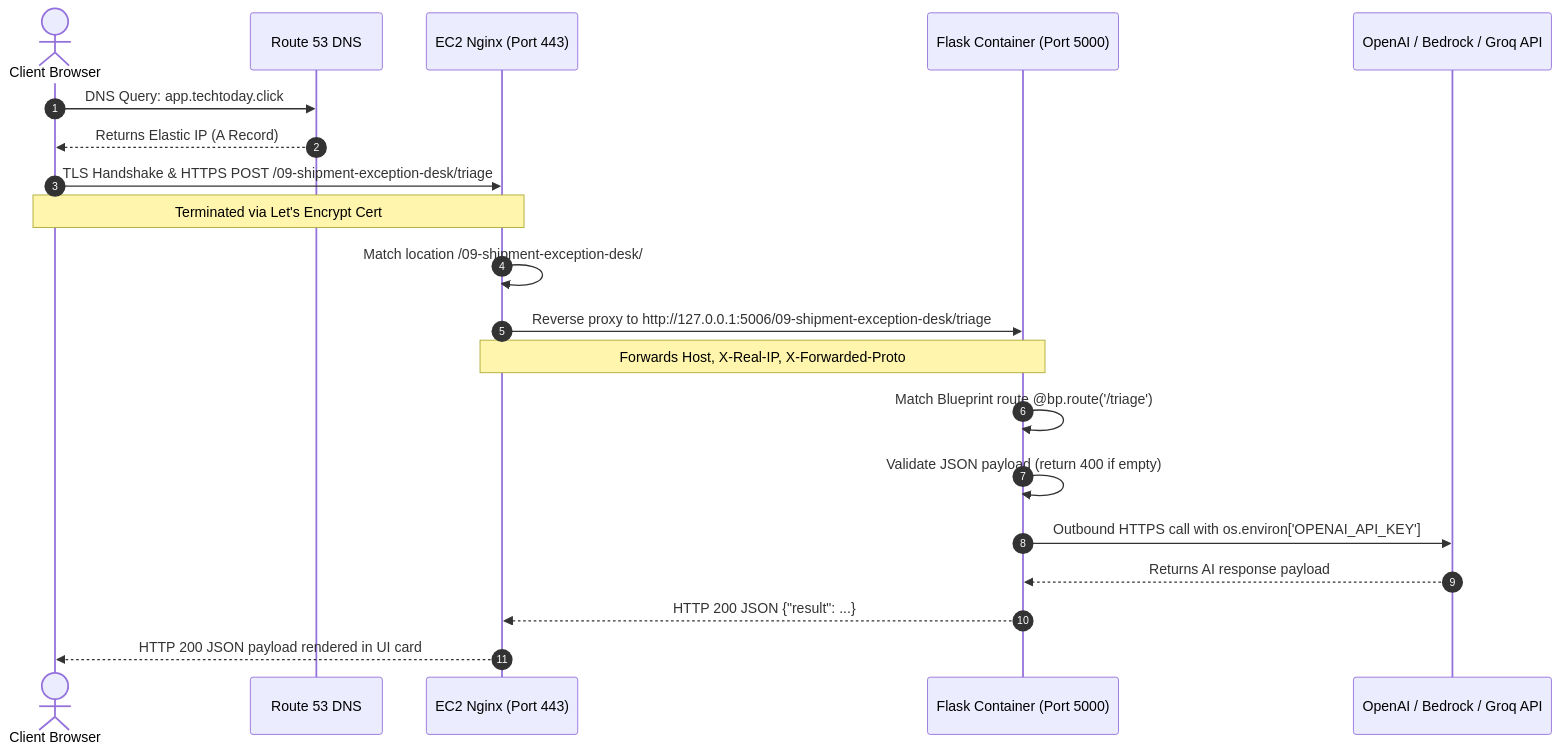
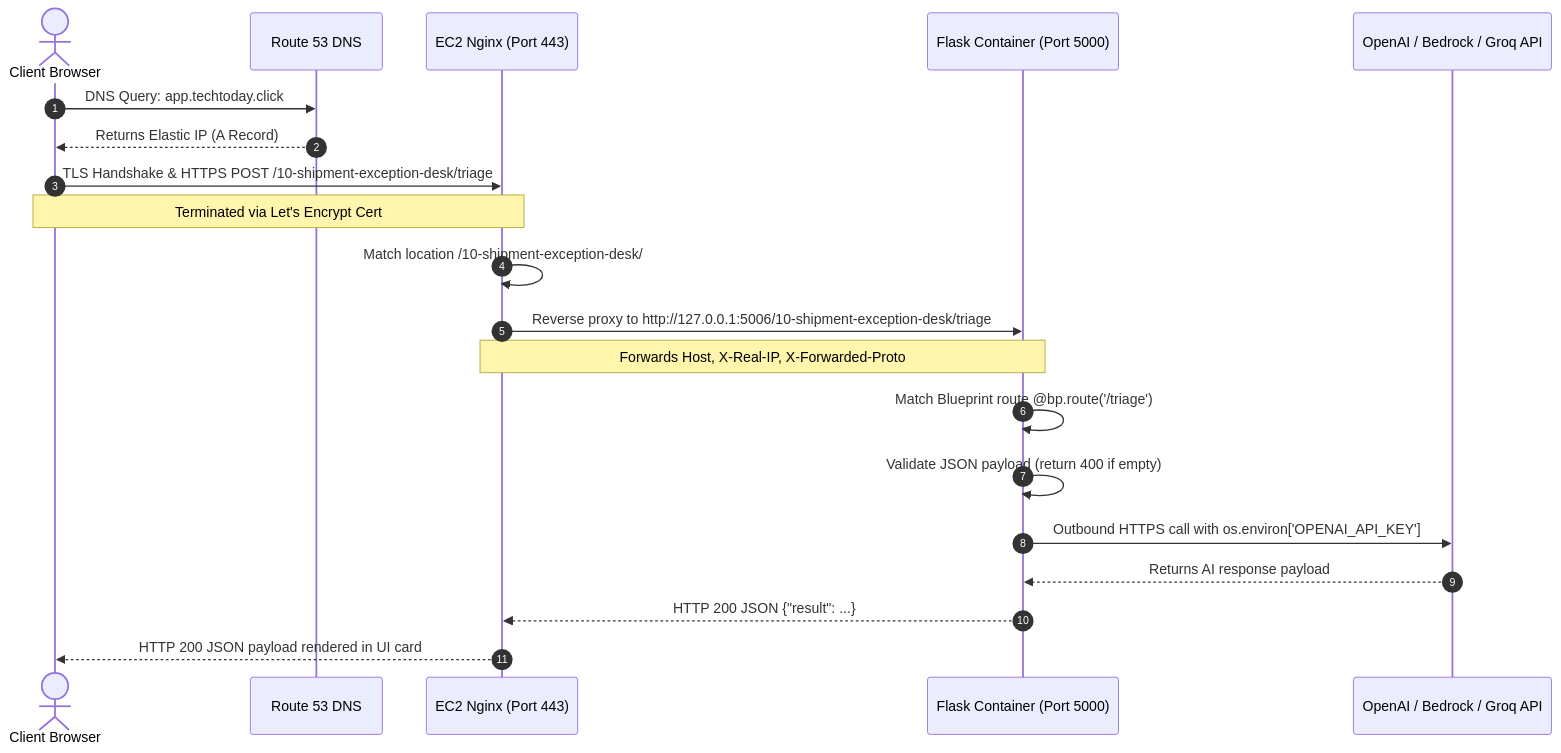
The sixth of 7 diagrams in projects/ARCHITECTURE.md (pankajspace/ai), drawn with Mermaid before and after one commit. The commit also changed other lines of this file and 383 other files, not shown here.

````diff
--- a/projects/ARCHITECTURE.md
+++ b/projects/ARCHITECTURE.md
@@ -896,25 +903,25 @@
 ```mermaid
 sequenceDiagram
     autonumber
     actor User as Client Browser
     participant R53 as Route 53 DNS
     participant Nginx as EC2 Nginx (Port 443)
     participant Flask as Flask Container (Port 5000)
     participant AI as OpenAI / Bedrock / Groq API
 
     User->>R53: DNS Query: app.techtoday.click
     R53-->>User: Returns Elastic IP (A Record)
-    User->>Nginx: TLS Handshake & HTTPS POST /09-shipment-exception-desk/triage
+    User->>Nginx: TLS Handshake & HTTPS POST /10-shipment-exception-desk/triage
     Note over User,Nginx: Terminated via Let's Encrypt Cert
 
-    Nginx->>Nginx: Match location /09-shipment-exception-desk/
-    Nginx->>Flask: Reverse proxy to http://127.0.0.1:5006/09-shipment-exception-desk/triage
+    Nginx->>Nginx: Match location /10-shipment-exception-desk/
+    Nginx->>Flask: Reverse proxy to http://127.0.0.1:5006/10-shipment-exception-desk/triage
     Note over Nginx,Flask: Forwards Host, X-Real-IP, X-Forwarded-Proto
 
     Flask->>Flask: Match Blueprint route @bp.route('/triage')
     Flask->>Flask: Validate JSON payload (return 400 if empty)
     Flask->>AI: Outbound HTTPS call with os.environ['OPENAI_API_KEY']
     AI-->>Flask: Returns AI response payload
     Flask-->>Nginx: HTTP 200 JSON {"result": ...}
     Nginx-->>User: HTTP 200 JSON payload rendered in UI card
 ```
````
